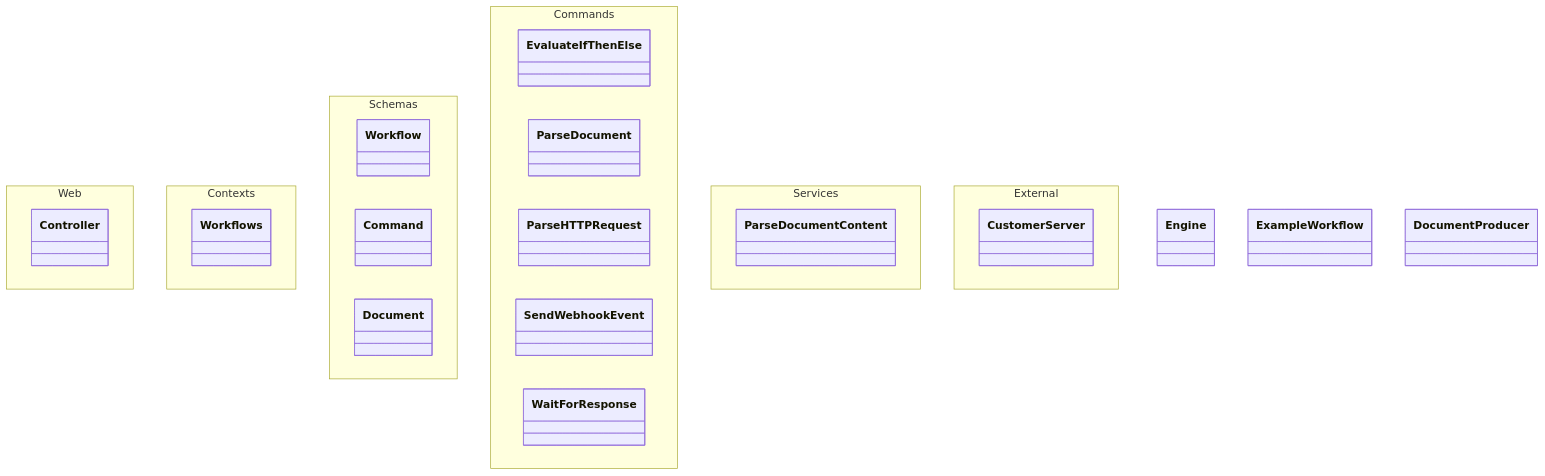
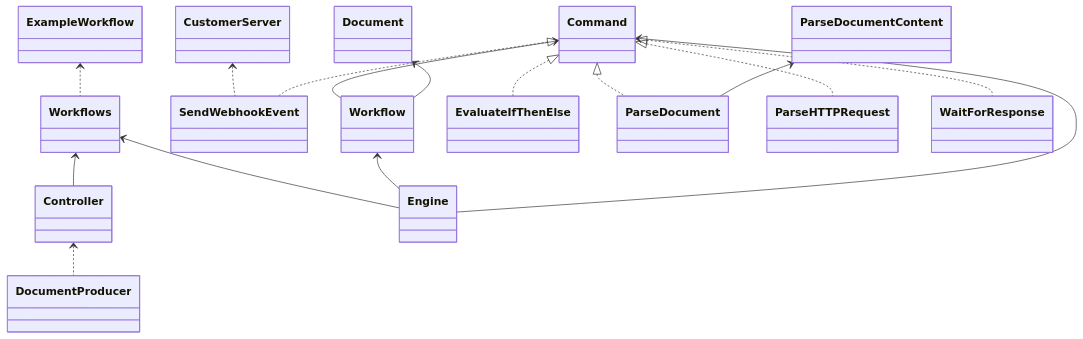
One commit to PJUllrich/workflow-demo changed the first of 2 diagrams in README.md. Above: the diagram before and after it, drawn with Mermaid.

Commit message:
Remove namespaces

````diff
--- a/README.md
+++ b/README.md
@@ -50,36 +50,41 @@
 ```mermaid
 classDiagram
+    Controller <.. DocumentProducer
+    ExampleWorkflow <.. Workflows
+    CustomerServer <.. SendWebhookEvent
+    Workflows <-- Engine
+    Workflow <-- Engine
+    Command <-- Engine
+    Command <-- Workflow
+    Command <|.. EvaluateIfThenElse
+    Command <|.. ParseDocument
+    Command <|.. ParseHTTPRequest
+    Command <|.. SendWebhookEvent
+    Command <|.. WaitForResponse
+    Workflows <-- Controller
+    
+    Document <-- Workflow
+    ParseDocumentContent <-- ParseDocument
+
     class Engine
     class ExampleWorkflow
     class DocumentProducer
     
-    namespace Web {
-        class Controller
-    }
-    
-    namespace Contexts {
-        class Workflows        
-    }
+    class Controller
 
-    namespace Schemas {
-        class Workflow
-        class Command
-        class Document
-    }
+    class Workflows        
 
-    namespace Commands {
-        class EvaluateIfThenElse
-        class ParseDocument
-        class ParseHTTPRequest
-        class SendWebhookEvent
-        class WaitForResponse
-    }
+    class Workflow
+    class Command
+    class Document
 
-    namespace Services {
-        class ParseDocumentContent
-    }
+    class EvaluateIfThenElse
+    class ParseDocument
+    class ParseHTTPRequest
+    class SendWebhookEvent
+    class WaitForResponse
 
-    namespace External {
-        class CustomerServer
-    }
+    class ParseDocumentContent
+
+    class CustomerServer
 ```
````
